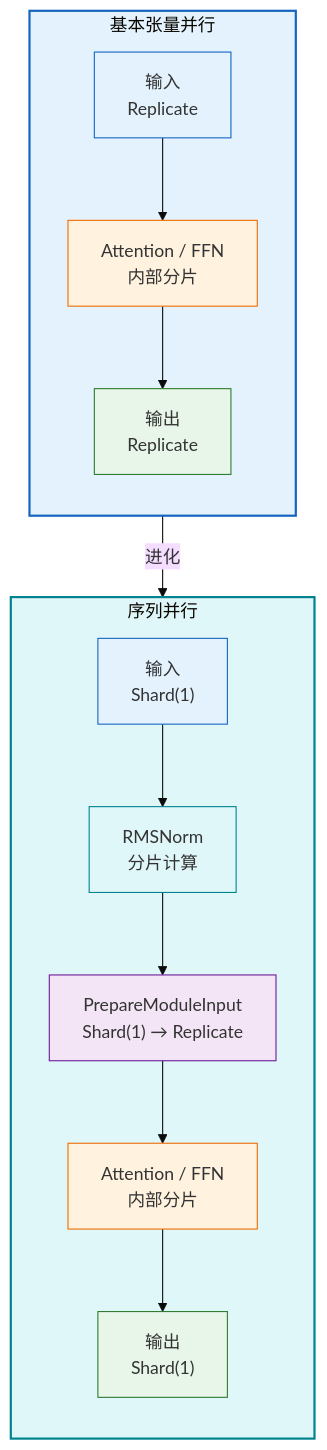
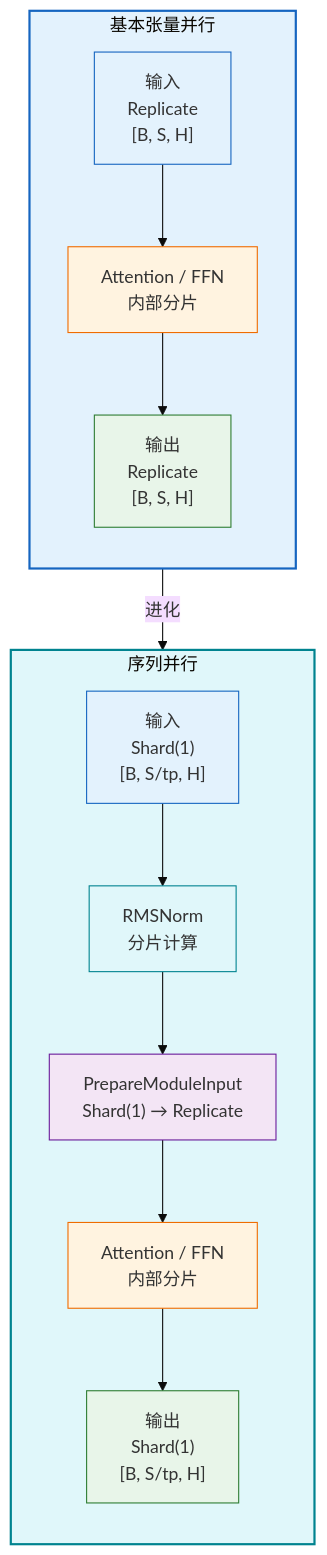
Diagram 16 of 18 in docs/fsdp2_tp_tutorial.md (jianzhnie/ScaleTorch), drawn with Mermaid (base theme) before and after one commit. The commit also changed other lines of this file, not shown here.

First line of the commit message:
docs: update fsdp2 tp tutorial with improved diagrams

````diff
--- a/docs/fsdp2_tp_tutorial.md
+++ b/docs/fsdp2_tp_tutorial.md
@@ -1328,29 +1280,29 @@
 ```mermaid
 flowchart TB
     subgraph Baseline["基本张量并行"]
         direction TB
-        B1["输入\nReplicate"] --> B2["Attention / FFN\n内部分片"]
-        B2 --> B3["输出\nReplicate"]
+        B1["输入\nReplicate\n[B, S, H]"] --> B2["Attention / FFN\n内部分片"]
+        B2 --> B3["输出\nReplicate\n[B, S, H]"]
     end
 
     subgraph SP["序列并行"]
         direction TB
-        S1["输入\nShard(1)"] --> S2["RMSNorm\n分片计算"]
+        S1["输入\nShard(1)\n[B, S/tp, H]"] --> S2["RMSNorm\n分片计算"]
         S2 --> S3["PrepareModuleInput\nShard(1) → Replicate"]
         S3 --> S4["Attention / FFN\n内部分片"]
-        S4 --> S5["输出\nShard(1)"]
+        S4 --> S5["输出\nShard(1)\n[B, S/tp, H]"]
     end
 
     Baseline -->|"进化"| SP
 
     style Baseline fill:#e3f2fd,stroke:#1565c0,stroke-width:2px
     style SP fill:#e0f7fa,stroke:#00838f,stroke-width:2px
     style B1 fill:#e3f2fd,stroke:#1565c0
     style B2 fill:#fff3e0,stroke:#ef6c00
     style B3 fill:#e8f5e9,stroke:#2e7d32
     style S1 fill:#e3f2fd,stroke:#1565c0
     style S2 fill:#e0f7fa,stroke:#00838f
     style S3 fill:#f3e5f5,stroke:#6a1b9a
     style S4 fill:#fff3e0,stroke:#ef6c00
     style S5 fill:#e8f5e9,stroke:#2e7d32
 ```
````
